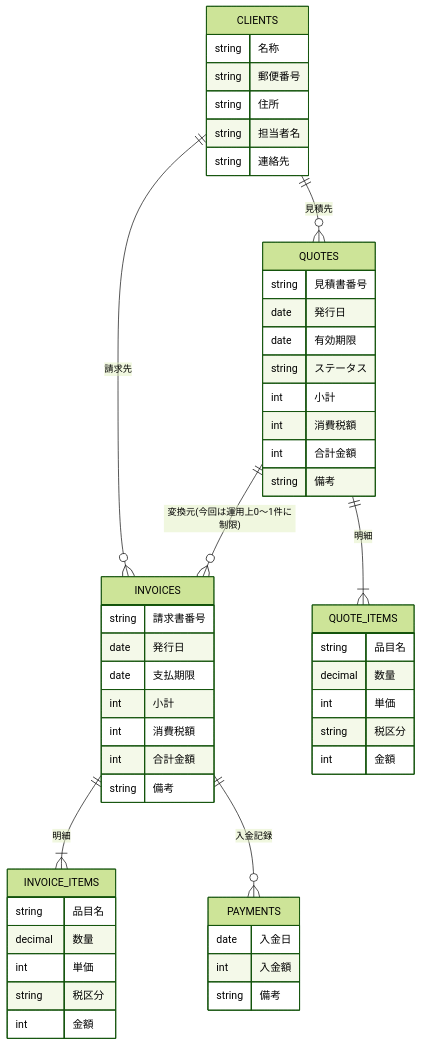
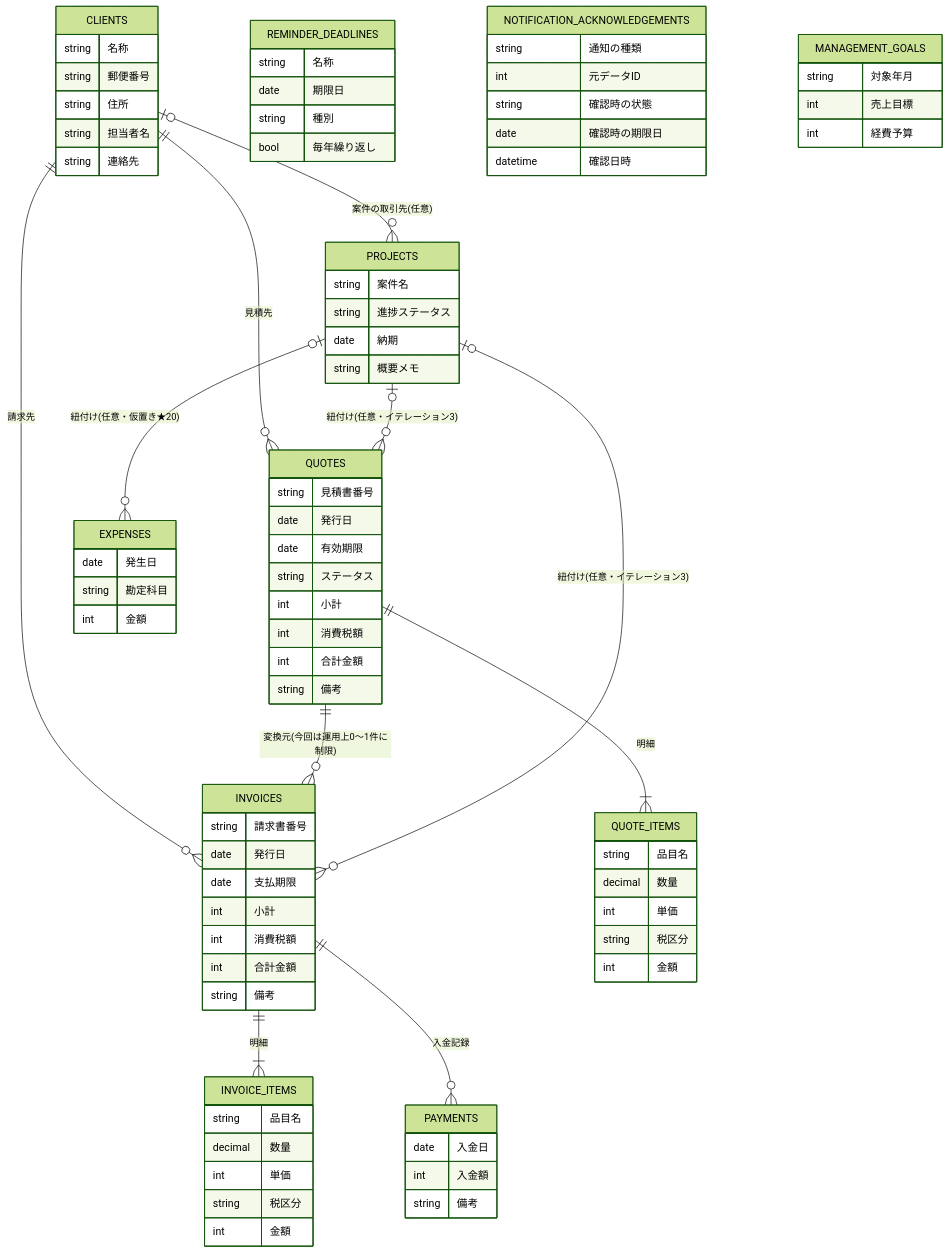
Before and after one commit to eiai00000001-cell/back-office: the third of 3 diagrams in docs/02_architect/基本設計書.md, drawn with Mermaid (forest theme). The commit also changed other lines of this file and 22 other files, not shown here.

```diff
--- a/docs/02_architect/基本設計書.md
+++ b/docs/02_architect/基本設計書.md
@@ -437,6 +700,40 @@
     INVOICES ||--|{ INVOICE_ITEMS : "明細"
     QUOTES ||--|{ QUOTE_ITEMS : "明細"
     INVOICES ||--o{ PAYMENTS : "入金記録"
+    CLIENTS |o--o{ PROJECTS : "案件の取引先(任意)"
+    PROJECTS |o--o{ INVOICES : "紐付け(任意・イテレーション3)"
+    PROJECTS |o--o{ QUOTES : "紐付け(任意・イテレーション3)"
+    PROJECTS |o--o{ EXPENSES : "紐付け(任意・仮置き★20)"
+
+    PROJECTS {
+        string 案件名
+        string 進捗ステータス
+        date 納期
+        string 概要メモ
+    }
+    EXPENSES {
+        date 発生日
+        string 勘定科目
+        int 金額
+    }
+    REMINDER_DEADLINES {
+        string 名称
+        date 期限日
+        string 種別
+        bool 毎年繰り返し
+    }
+    NOTIFICATION_ACKNOWLEDGEMENTS {
+        string 通知の種類
+        int 元データID
+        string 確認時の状態
+        date 確認時の期限日
+        datetime 確認日時
+    }
+    MANAGEMENT_GOALS {
+        string 対象年月
+        int 売上目標
+        int 経費予算
+    }
 
     CLIENTS {
         string 名称
```
